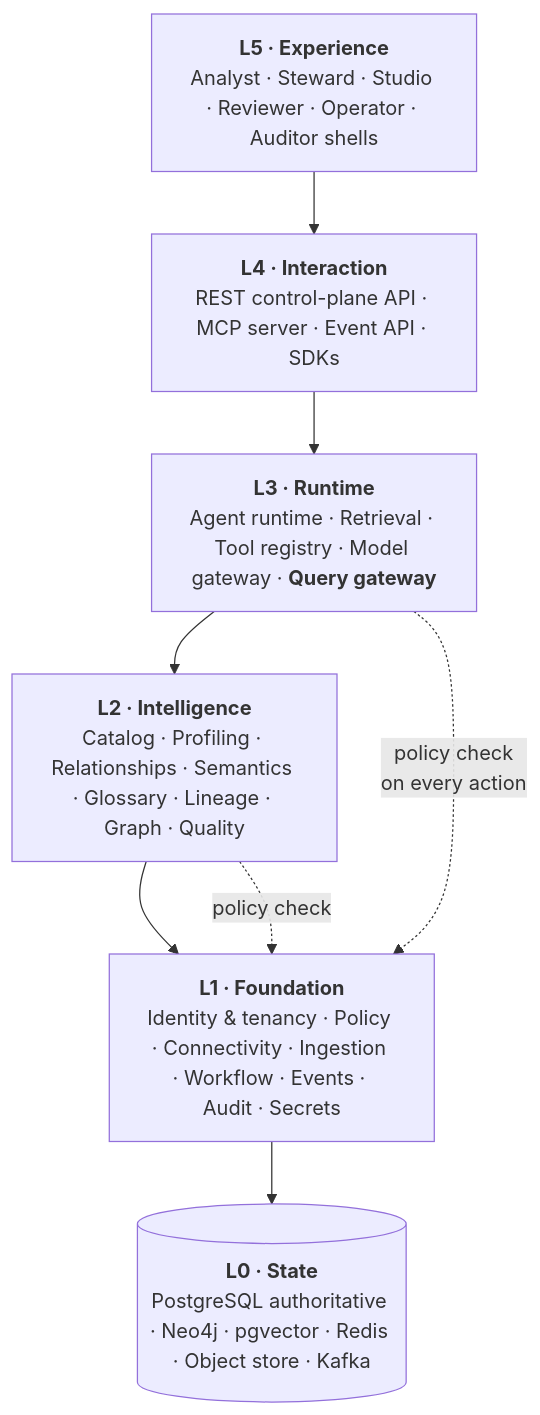
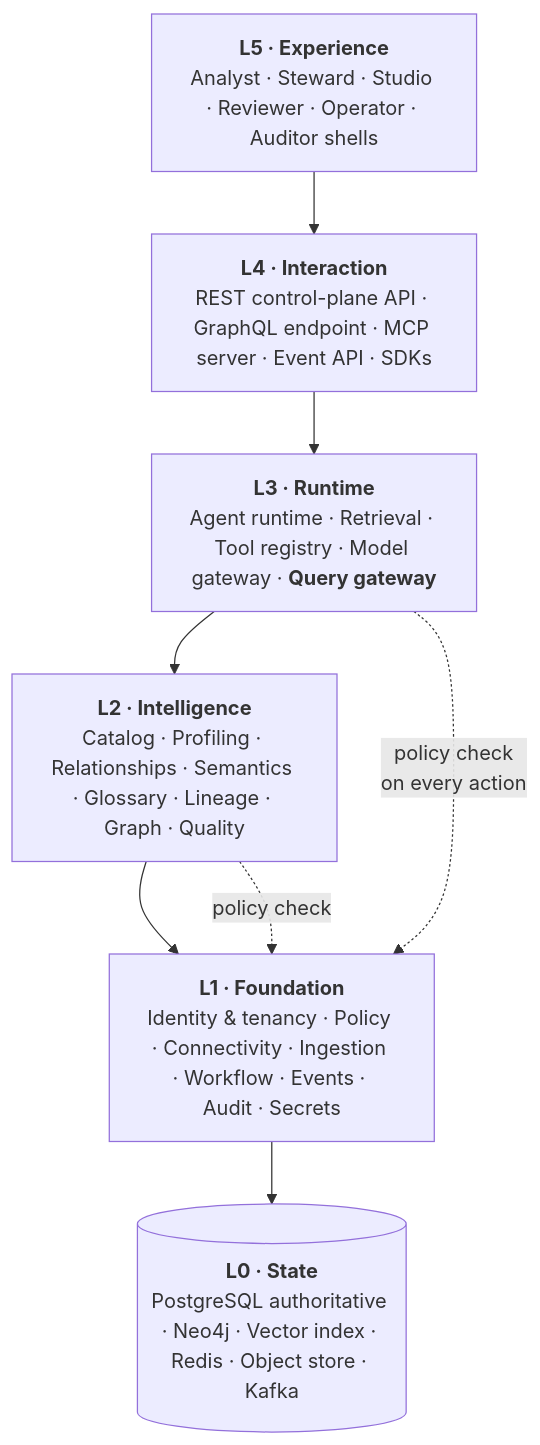
The first of 4 diagrams in Docs/10-architecture/03-logical-architecture.md (karuppusamym/AIDataAnalyst), drawn with Mermaid before and after one commit. The commit also changed other lines of this file and 67 other files, not shown here.

````diff
--- a/Docs/10-architecture/03-logical-architecture.md
+++ b/Docs/10-architecture/03-logical-architecture.md
@@ -10,13 +10,13 @@
 ```mermaid
 flowchart TB
     L5["<b>L5 · Experience</b><br/>Analyst · Steward · Studio · Reviewer · Operator · Auditor shells"]
-    L4["<b>L4 · Interaction</b><br/>REST control-plane API · MCP server · Event API · SDKs"]
+    L4["<b>L4 · Interaction</b><br/>REST control-plane API · GraphQL endpoint · MCP server · Event API · SDKs"]
     L3["<b>L3 · Runtime</b><br/>Agent runtime · Retrieval · Tool registry · Model gateway · <b>Query gateway</b>"]
     L2["<b>L2 · Intelligence</b><br/>Catalog · Profiling · Relationships · Semantics · Glossary · Lineage · Graph · Quality"]
     L1["<b>L1 · Foundation</b><br/>Identity &amp; tenancy · Policy · Connectivity · Ingestion · Workflow · Events · Audit · Secrets"]
-    L0[("<b>L0 · State</b><br/>PostgreSQL authoritative · Neo4j · pgvector · Redis · Object store · Kafka")]
+    L0[("<b>L0 · State</b><br/>PostgreSQL authoritative · Neo4j · Vector index · Redis · Object store · Kafka")]
 
     L5 --> L4 --> L3 --> L2 --> L1 --> L0
     L3 -.->|"policy check<br/>on every action"| L1
     L2 -.->|"policy check"| L1
 ```
````
